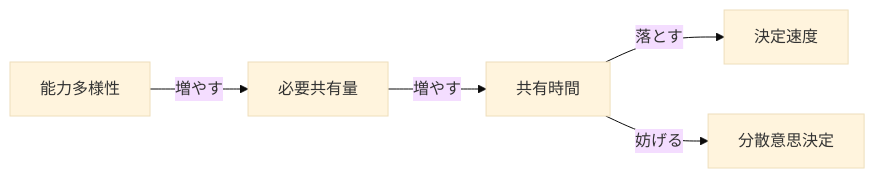
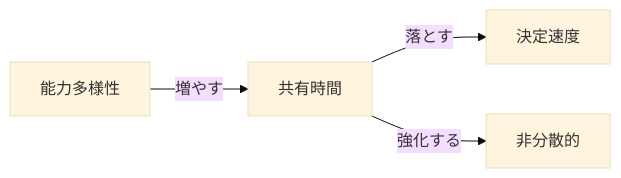
Before and after one commit to iwasa-kosui/monorepo: the second of 6 diagrams in apps/kosui-me/src/content/posts/2026-04-29-organizing-around-customer-value.mdx, drawn with Mermaid (base theme). The commit also changed other lines of this file, not shown here.

````diff
--- a/apps/kosui-me/src/content/posts/2026-04-29-organizing-around-customer-value.mdx
+++ b/apps/kosui-me/src/content/posts/2026-04-29-organizing-around-customer-value.mdx
@@ -46,13 +46,11 @@
 ```mermaid
 flowchart LR
     A1["能力多様性"]
-    B["必要共有量"]
     C["共有時間"]
-    A1 -->|増やす| B
-    B -->|増やす| C
+    A1 -->|増やす| C
 
     D["決定速度"]
-    E["分散意思決定"]
+    E["非分散的"]
     C -->|落とす| D
-    C -->|妨げる| E
+    C -->|強化する| E
 ```
````
